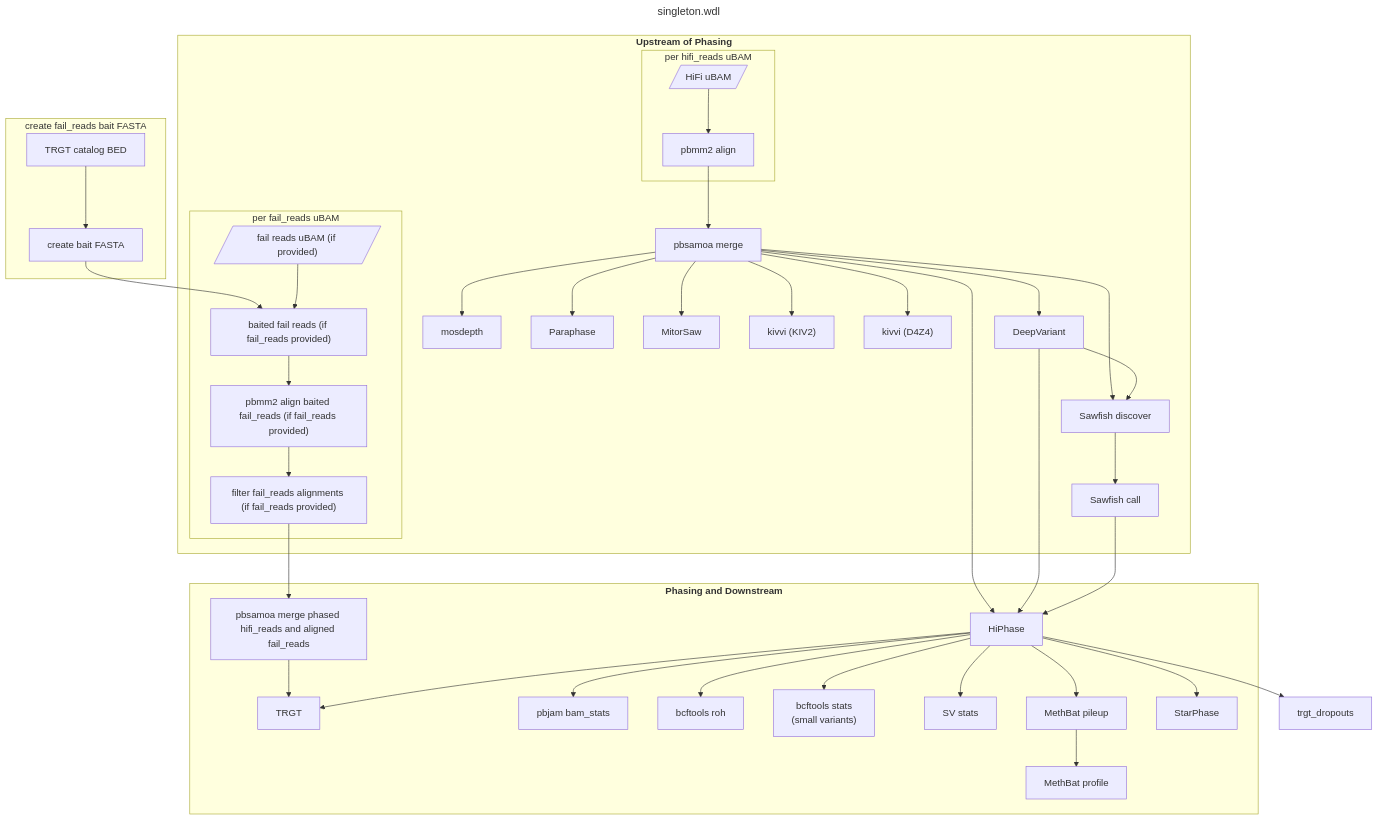
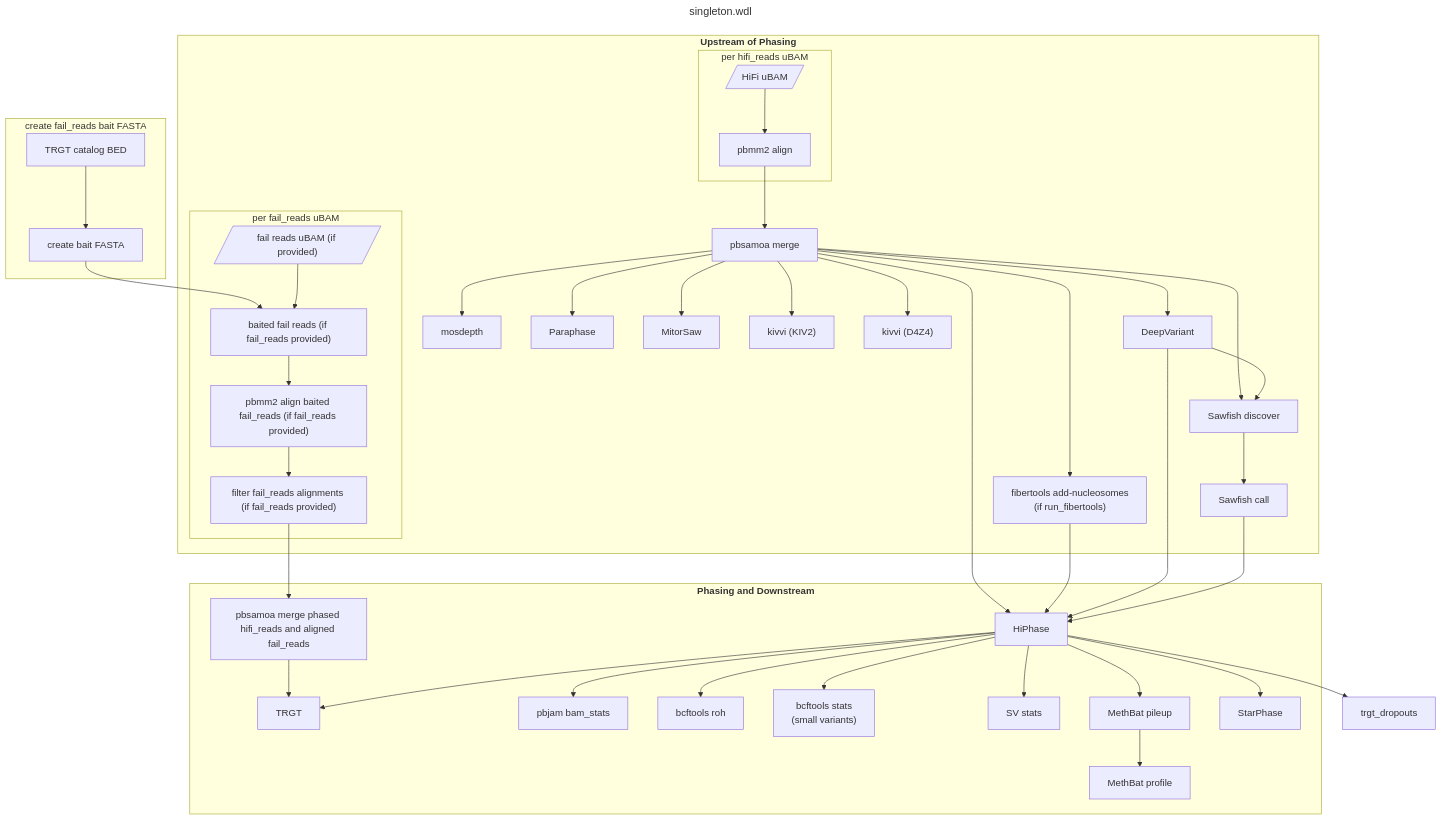
One commit to PacificBiosciences/HiFi-human-WGS-WDL changed the diagram in docs/singleton.md. Above: the diagram before and after it, drawn with Mermaid. The commit also changed other lines of this file and 46 other files, not shown here.

````diff
--- a/docs/singleton.md
+++ b/docs/singleton.md
@@ -19,68 +19,70 @@
 ```mermaid
 ---
 title: singleton.wdl
 ---
 flowchart TD
   subgraph "create fail_reads bait FASTA"
     trgt_catalog["TRGT catalog BED"]
     bait_fasta["create bait FASTA"]
   end
   subgraph "`**Upstream of Phasing**`"
     subgraph "per hifi_reads uBAM"
       ubam[/"HiFi uBAM"/]
       pbmm2_align["pbmm2 align"]
     end
     subgraph "per fail_reads uBAM"
       fail_ubam[/"fail reads uBAM (if provided)"/]
       bait_fail_reads["baited fail reads (if fail_reads provided)"]
       pbmm2_align_fail_reads["pbmm2 align baited fail_reads (if fail_reads provided)"]
       filter_fail_reads["filter fail_reads alignments (if fail_reads provided)"]
     end
     pbsamoa_merge["pbsamoa merge"]
     mosdepth["mosdepth"]
     paraphase["Paraphase"]
     mitorsaw["MitorSaw"]
     kivvi_kiv2["kivvi (KIV2)"]
     kivvi_d4z4["kivvi (D4Z4)"]
     deepvariant["DeepVariant"]
     sawfish_discover["Sawfish discover"]
     sawfish_call["Sawfish call"]
+    fibertools["fibertools add-nucleosomes\n(if run_fibertools)"]
   end
   subgraph "`**Phasing and Downstream**`"
     hiphase["HiPhase"]
     pbsamoa_merge_fail_reads["pbsamoa merge phased hifi_reads and aligned fail_reads"]
     trgt["TRGT"]
     pbjam["pbjam bam_stats"]
     bcftools_roh["bcftools roh"]
     bcftools_stats["bcftools stats\n(small variants)"]
     sv_stats["SV stats"]
     methbat_pileup["MethBat pileup"]
     methbat_profile["MethBat profile"]
     starphase["StarPhase"]
   end
 
   trgt_catalog --> bait_fasta --> bait_fail_reads
   fail_ubam --> bait_fail_reads --> pbmm2_align_fail_reads --> filter_fail_reads --> pbsamoa_merge_fail_reads
   ubam --> pbmm2_align --> pbsamoa_merge
   pbsamoa_merge --> mosdepth
   pbsamoa_merge --> paraphase
   pbsamoa_merge --> mitorsaw
   pbsamoa_merge --> kivvi_kiv2
   pbsamoa_merge --> kivvi_d4z4
   pbsamoa_merge_fail_reads --> trgt
   pbsamoa_merge --> deepvariant
   pbsamoa_merge --> sawfish_discover
   pbsamoa_merge --> hiphase
+  pbsamoa_merge --> fibertools --> hiphase
   deepvariant --> sawfish_discover
   deepvariant --> hiphase
   sawfish_discover --> sawfish_call --> hiphase
 
   hiphase --> trgt
   hiphase --> pbjam
   hiphase --> bcftools_roh
   hiphase --> bcftools_stats
   hiphase --> sv_stats
   hiphase --> methbat_pileup --> methbat_profile
   hiphase --> starphase
   hiphase --> trgt_dropouts
 ```
````
